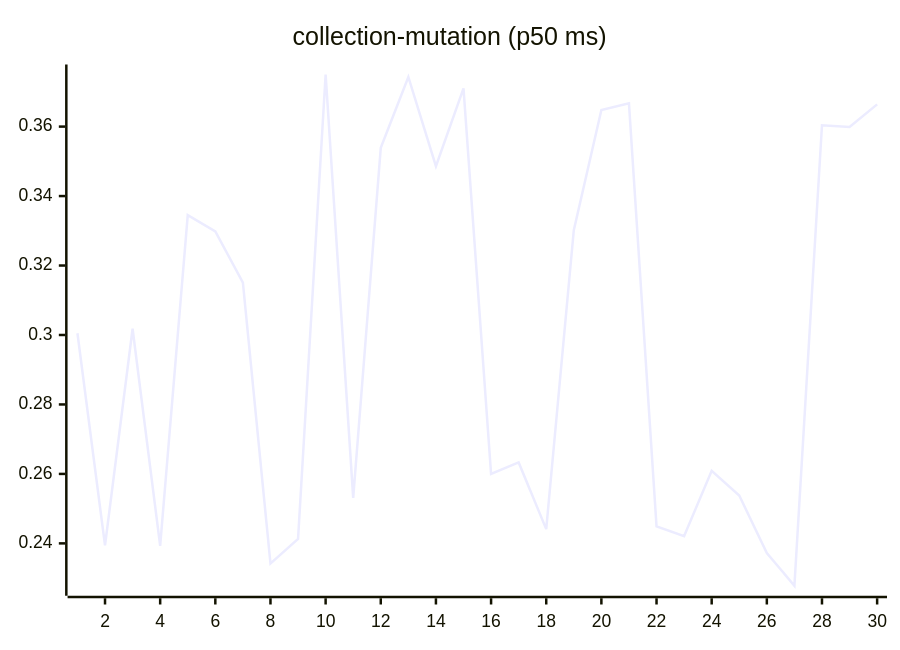
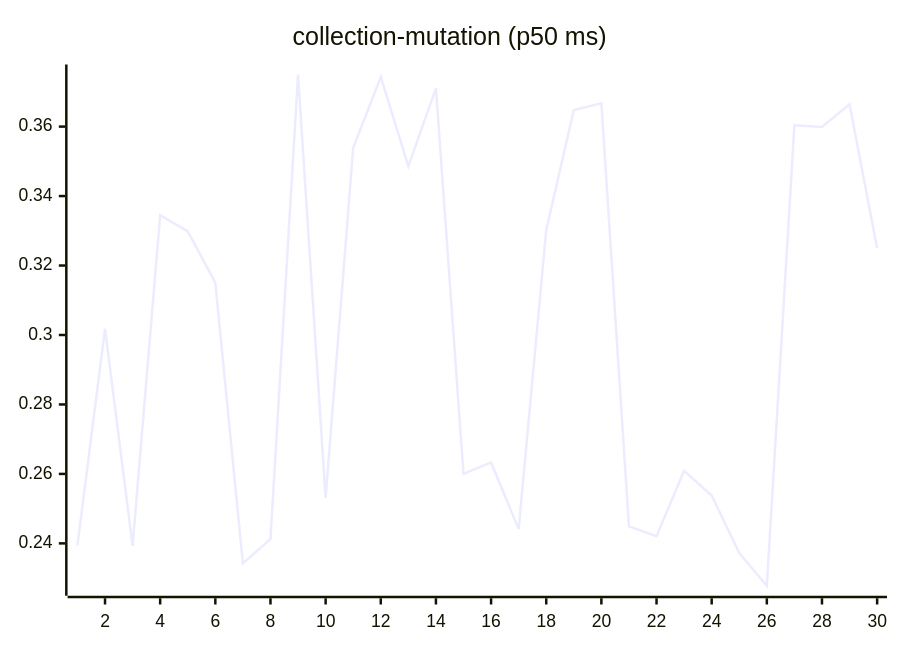
The sixth of 27 diagrams in README.md (josha/Facet), drawn with Mermaid before and after one commit. The commit also changed other lines of this file and 2 other files, not shown here.

````diff
--- a/README.md
+++ b/README.md
@@ -98,6 +98,6 @@
 ```mermaid
 xychart-beta
     title "collection-mutation (p50 ms)"
     x-axis 1 --> 30
-    line [0.3005, 0.2394, 0.3018, 0.2393, 0.3345, 0.3298, 0.3151, 0.2342, 0.2413, 0.3750, 0.2531, 0.3539, 0.3743, 0.3486, 0.3710, 0.2600, 0.2633, 0.2441, 0.3302, 0.3648, 0.3667, 0.2449, 0.2421, 0.2609, 0.2538, 0.2372, 0.2278, 0.3604, 0.3599, 0.3664]
+    line [0.2394, 0.3018, 0.2393, 0.3345, 0.3298, 0.3151, 0.2342, 0.2413, 0.3750, 0.2531, 0.3539, 0.3743, 0.3486, 0.3710, 0.2600, 0.2633, 0.2441, 0.3302, 0.3648, 0.3667, 0.2449, 0.2421, 0.2609, 0.2538, 0.2372, 0.2278, 0.3604, 0.3599, 0.3664, 0.3250]
 ```
````
